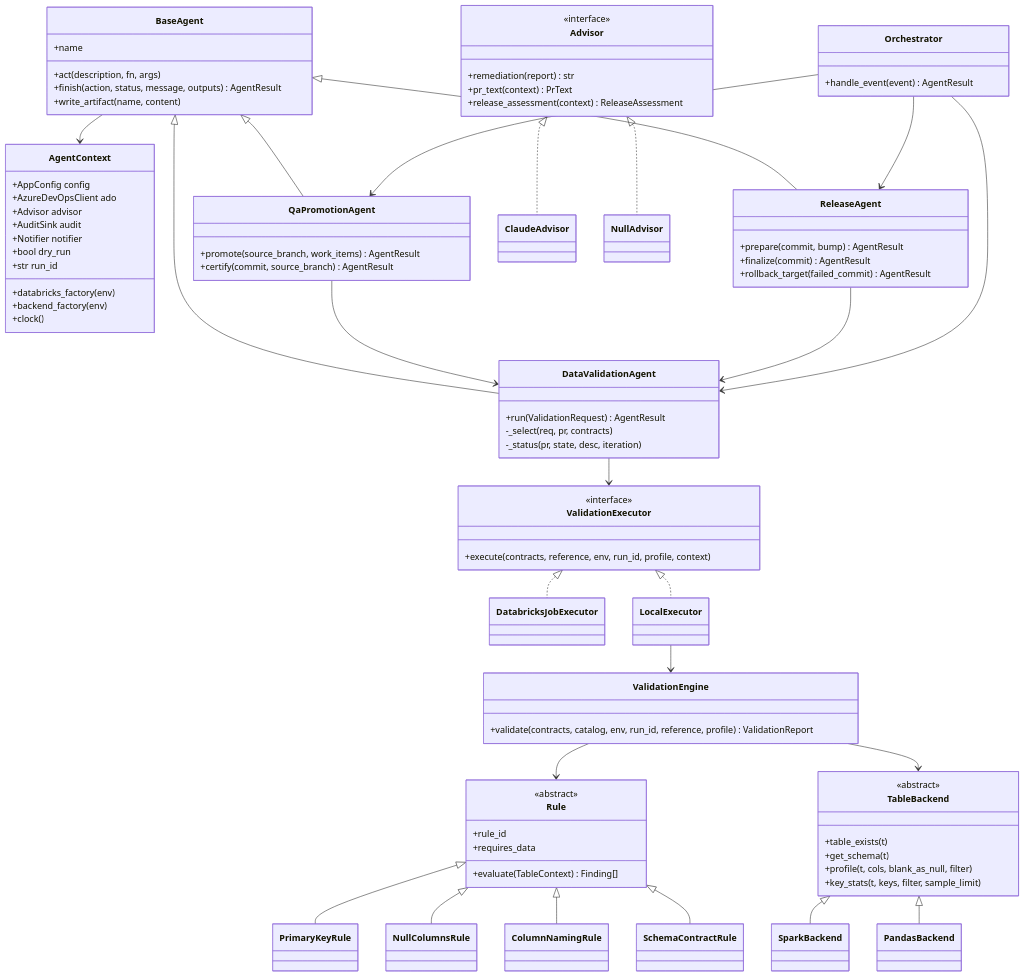
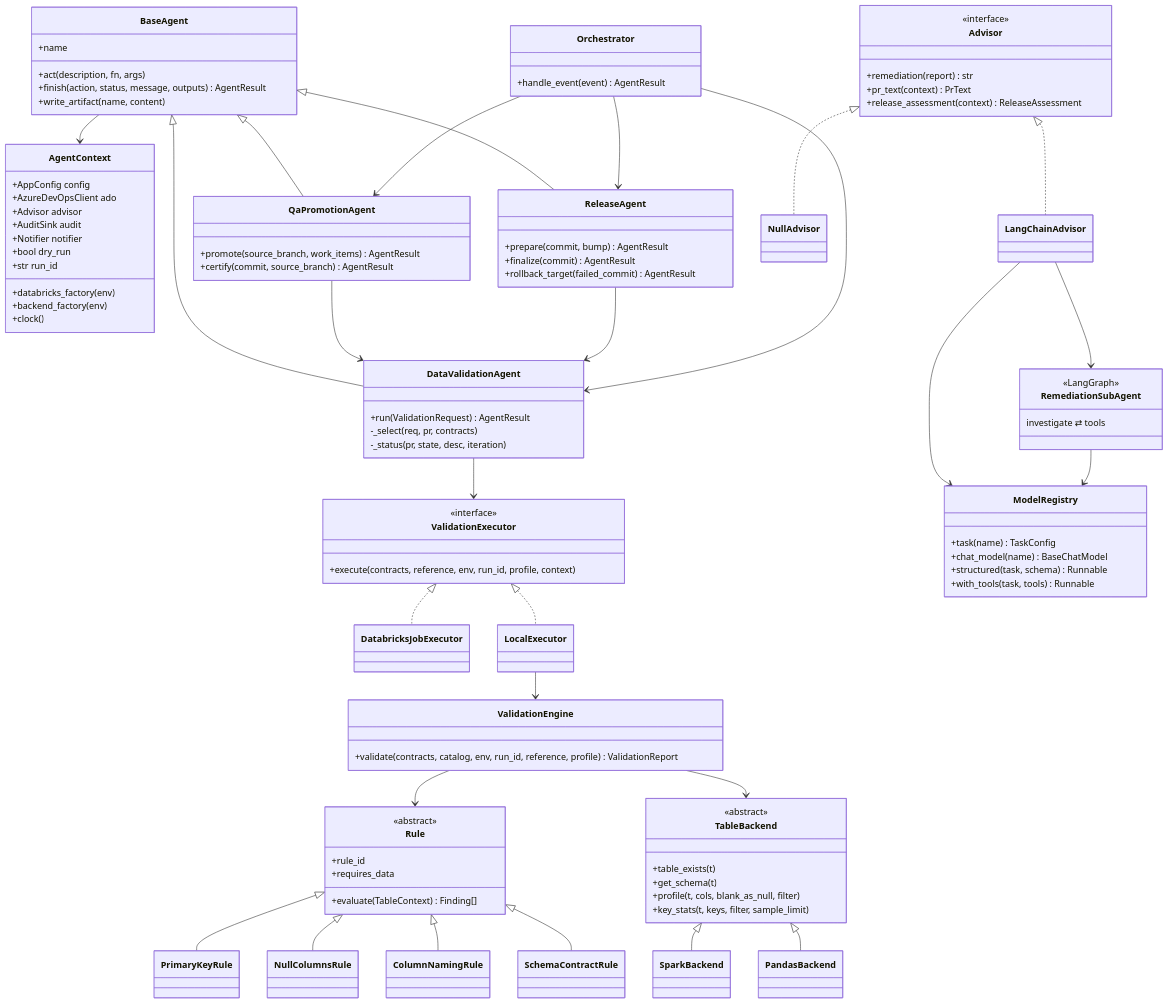
One commit to SUDHANSHU4497/demo_repo_create changed the first of 5 diagrams in docs/LLD.md. Above: the diagram before and after it, drawn with Mermaid. The commit also changed other lines of this file and 40 other files, not shown here.

````diff
--- a/docs/LLD.md
+++ b/docs/LLD.md
@@ -136,6 +143,19 @@
     Rule <|-- SchemaContractRule
     TableBackend <|-- SparkBackend
     TableBackend <|-- PandasBackend
-    Advisor <|.. ClaudeAdvisor
+    Advisor <|.. LangChainAdvisor
     Advisor <|.. NullAdvisor
+    LangChainAdvisor --> ModelRegistry
+    LangChainAdvisor --> RemediationSubAgent
+    RemediationSubAgent --> ModelRegistry
+    class ModelRegistry {
+      +task(name) TaskConfig
+      +chat_model(name) BaseChatModel
+      +structured(task, schema) Runnable
+      +with_tools(task, tools) Runnable
+    }
+    class RemediationSubAgent {
+      <<LangGraph>>
+      investigate ⇄ tools
+    }
 ```
````
